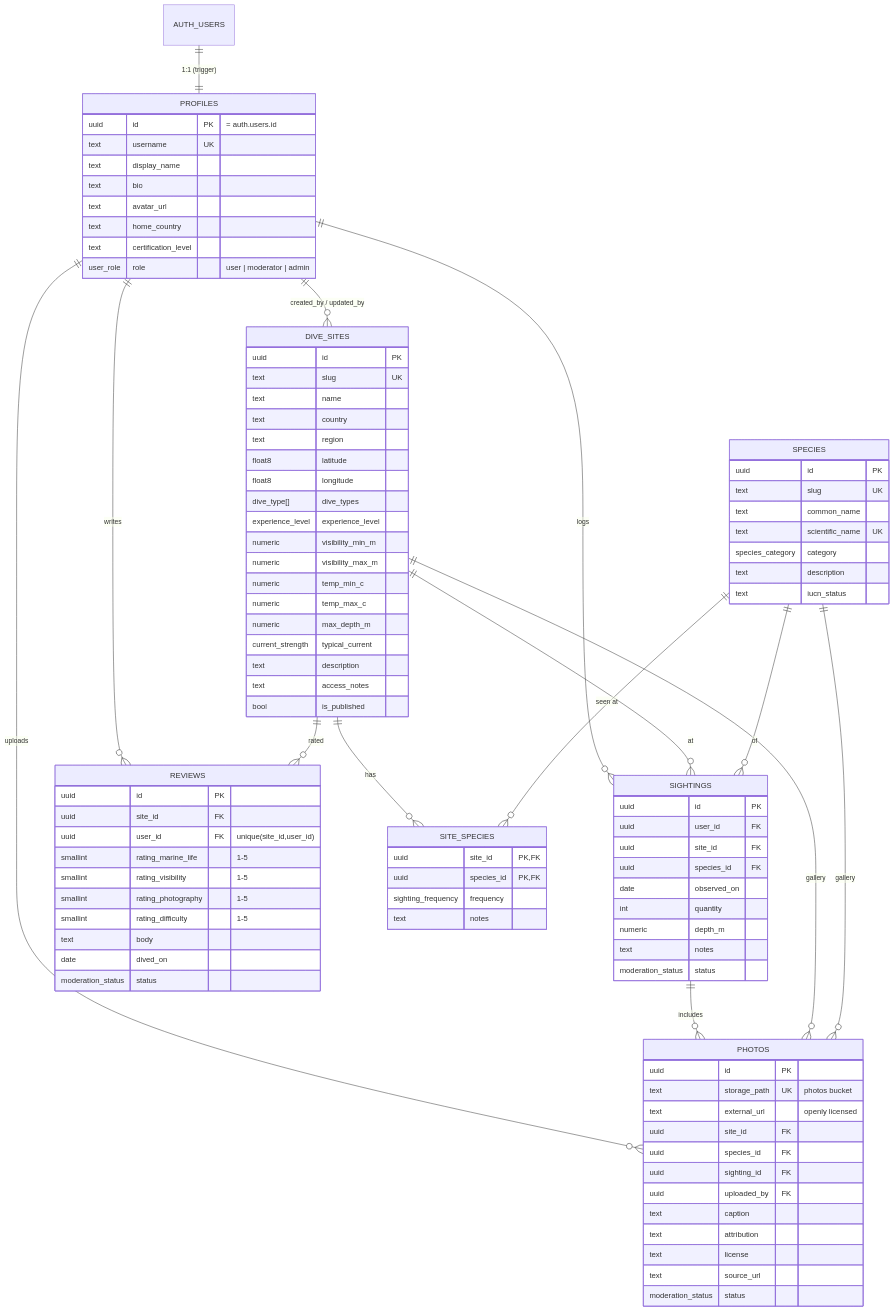
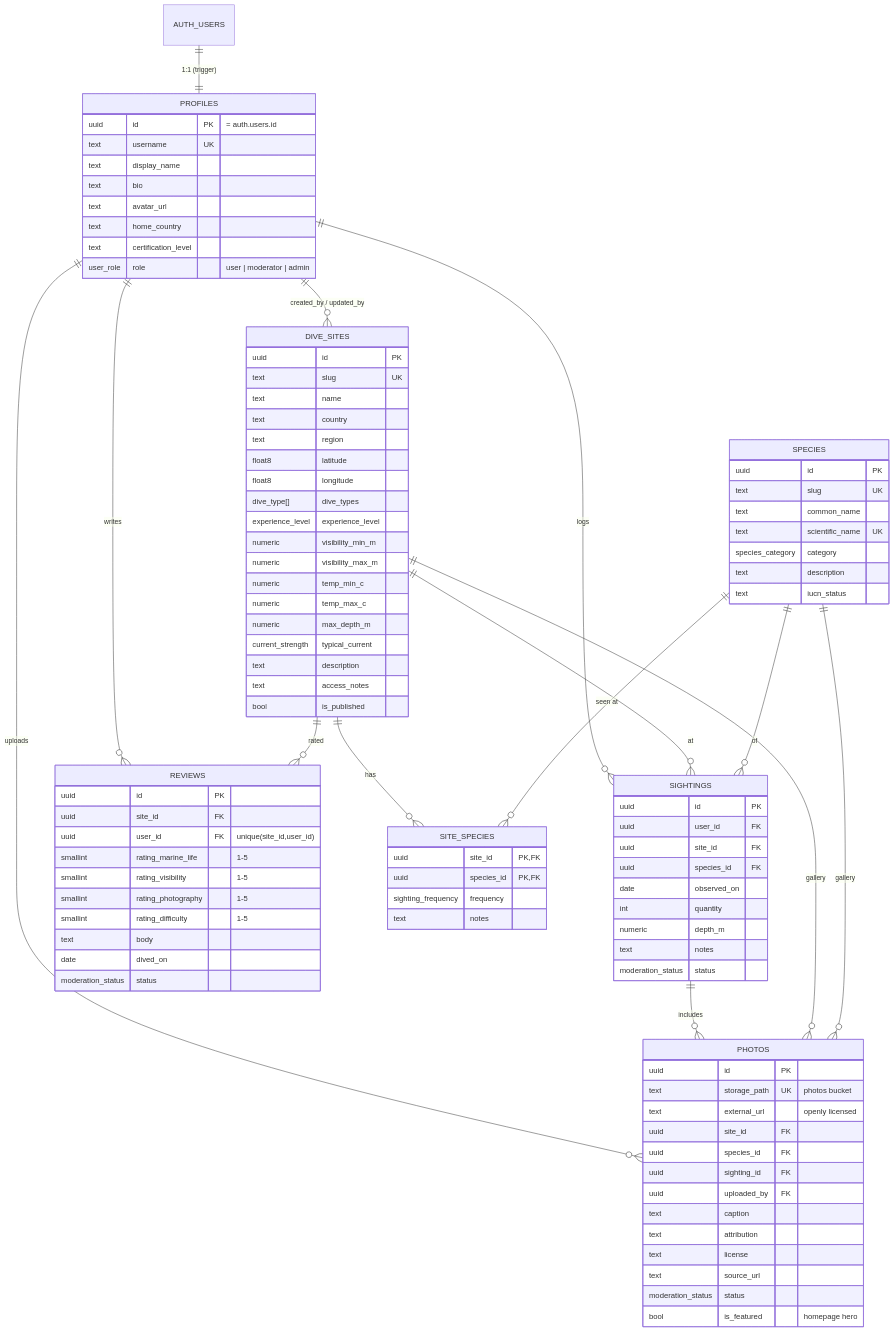
The diagram in docs/DATABASE.md (nohearseeno/OpenDive-Atlas), drawn with Mermaid before and after one commit. The commit also changed other lines of this file and 41 other files, not shown here.

```diff
--- a/docs/DATABASE.md
+++ b/docs/DATABASE.md
@@ -99,6 +100,7 @@
     text license
     text source_url
     moderation_status status
+    bool is_featured "homepage hero"
   }
   REVIEWS {
     uuid id PK
```
